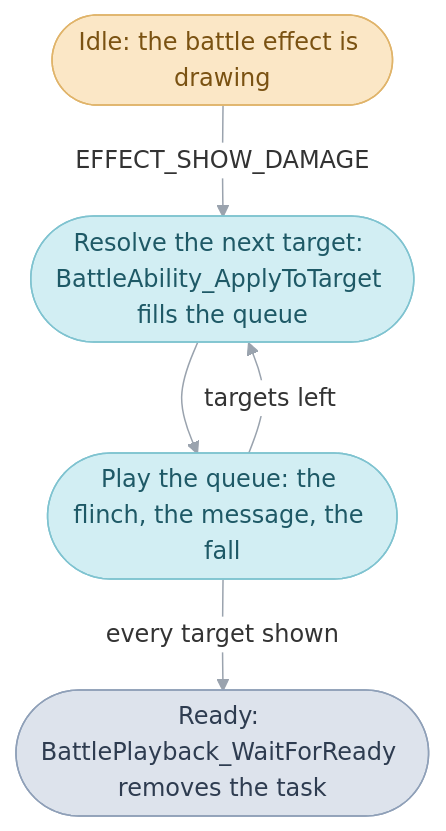
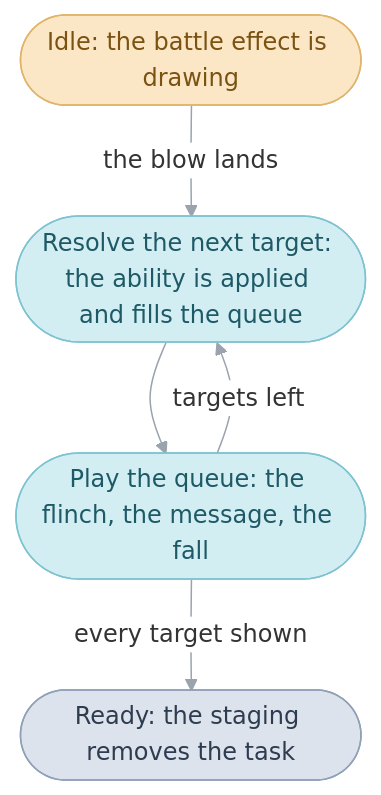
Before and after one commit to PascalPixel/alchemy: the fifth of 7 diagrams in games/tbs/src/battle/README.md, drawn with Mermaid. The commit also changed other lines of this file and 21 other files, not shown here.

````diff
--- a/games/tbs/src/battle/README.md
+++ b/games/tbs/src/battle/README.md
@@ -661,14 +533,14 @@
 ```mermaid
 %%{init: {"theme": "base", "themeVariables": {"lineColor": "#9AA3AE", "edgeLabelBackground": "#FFFFFF"}, "flowchart": {"curve": "basis", "padding": 12}}}%%
 flowchart TD
-  idle(["Idle: the battle effect is drawing"]) -- "EFFECT_SHOW_DAMAGE" --> resolve(["Resolve the next target: BattleAbility_ApplyToTarget fills the queue"])
+  idle(["Idle: the battle effect is drawing"]) -- "the blow lands" --> resolve(["Resolve the next target: the ability is applied and fills the queue"])
   resolve --> play(["Play the queue: the flinch, the message, the fall"])
   play -- "targets left" --> resolve
-  play -- "every target shown" --> ready(["Ready: BattlePlayback_WaitForReady removes the task"])
+  play -- "every target shown" --> ready(["Ready: the staging removes the task"])
   classDef frame fill:#FBE7C6,stroke:#E0B46A,color:#7A5212
   classDef turn fill:#D2EEF3,stroke:#7FC3D0,color:#1E5966
   classDef out fill:#DDE3EC,stroke:#8FA0B8,color:#2E3C50
   class idle frame
   class resolve,play turn
   class ready out
 ```
````
